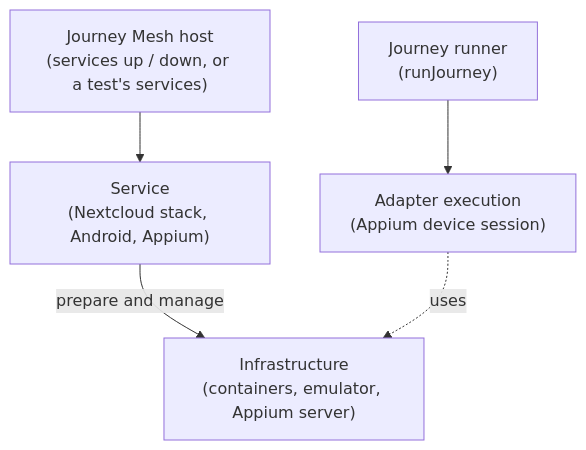
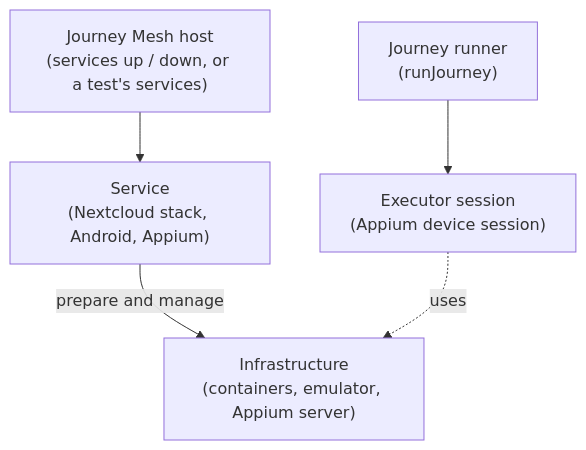
Before and after one commit to openuji/journey-mesh: the fourth of 6 diagrams in README.md, drawn with Mermaid. The commit also changed other lines of this file and 20 other files, not shown here.

Commit message:
refactor: architecture lint rules, docs, second-vendor proof

````diff
--- a/README.md
+++ b/README.md
@@ -116,7 +122,7 @@
 ```mermaid
 flowchart TB
   host["Journey Mesh host<br/>(services up / down, or a test's services)"] --> service["Service<br/>(Nextcloud stack, Android, Appium)"]
   service -->|prepare and manage| infrastructure["Infrastructure<br/>(containers, emulator, Appium server)"]
-  runner["Journey runner<br/>(runJourney)"] --> execution["Adapter execution<br/>(Appium device session)"]
+  runner["Journey runner<br/>(runJourney)"] --> execution["Executor session<br/>(Appium device session)"]
   execution -.->|uses| infrastructure
 ```
````
